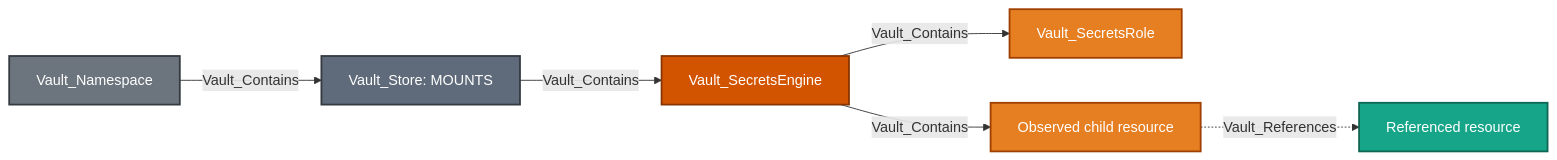
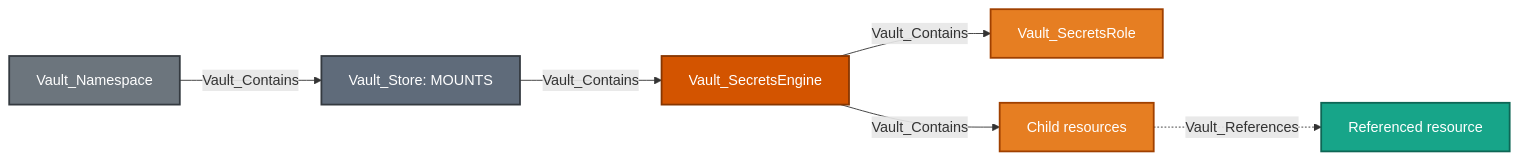
The first of 29 diagrams in Documentation/stores/MOUNTS.md (bytewreck/opengraph-vault), drawn with Mermaid before and after one commit. The commit also changed other lines of this file and 4 other files, not shown here.

````diff
--- a/Documentation/stores/MOUNTS.md
+++ b/Documentation/stores/MOUNTS.md
@@ -74,14 +74,14 @@
 ```mermaid
 flowchart LR
     namespace[Vault_Namespace]:::namespaceNode -->|Vault_Contains| store[Vault_Store: MOUNTS]:::storeNode
     store -->|Vault_Contains| mount[Vault_SecretsEngine]:::mountNode
     mount -->|Vault_Contains| O1[Vault_SecretsRole]:::secretObjectNode
-    mount -->|Vault_Contains| O2[Observed child resource]:::secretObjectNode
+    mount -->|Vault_Contains| O2[Child resources]:::secretObjectNode
     O2 -.->|Vault_References| dependency[Referenced resource]:::referenceNode
 
     classDef namespaceNode fill:#6C757D,color:#fff,stroke:#343A40,stroke-width:2px
     classDef storeNode fill:#5F6B7A,color:#fff,stroke:#343A40,stroke-width:2px
     classDef mountNode fill:#D35400,color:#fff,stroke:#873600,stroke-width:2px
     classDef secretObjectNode fill:#E67E22,color:#fff,stroke:#A04000,stroke-width:2px
     classDef referenceNode fill:#17A589,color:#fff,stroke:#0E6655,stroke-width:2px
 ```
````
